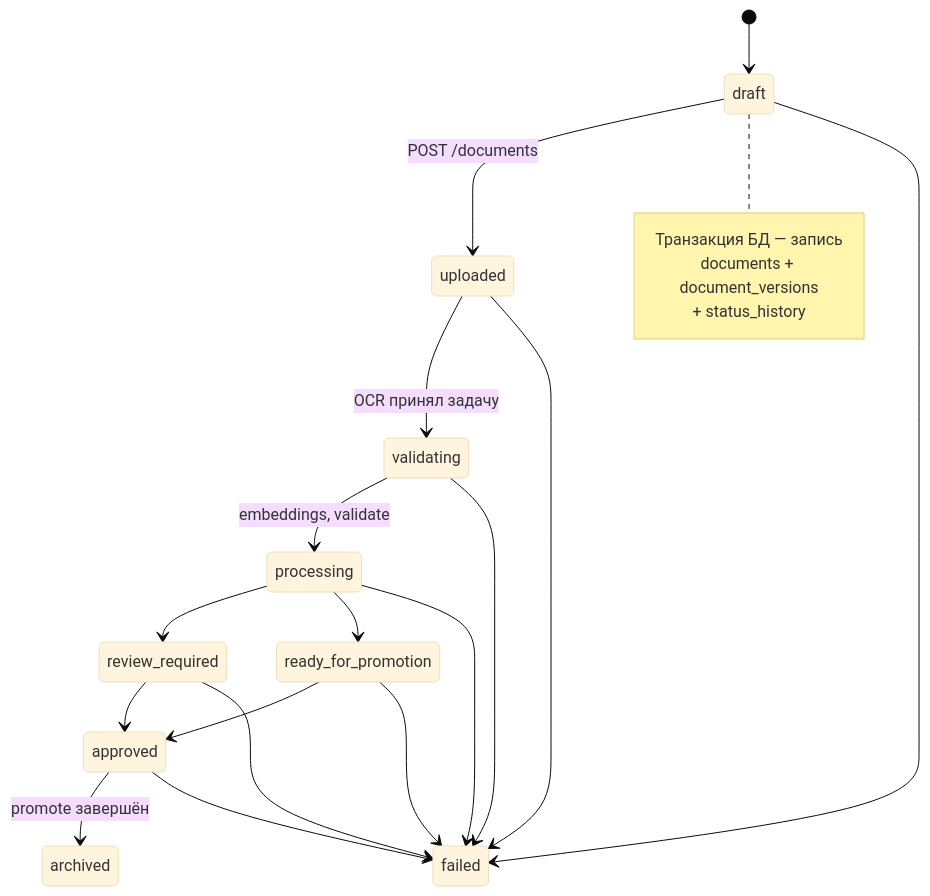
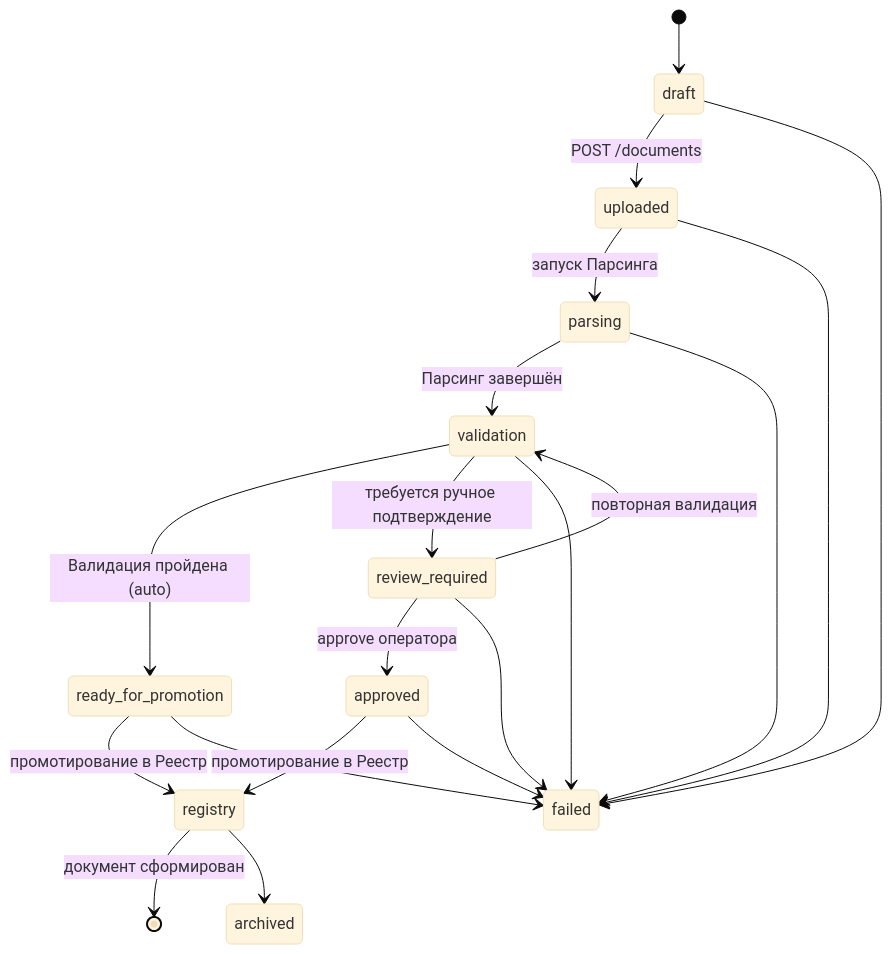
One commit to MasterKSAF/PKB changed the third of 5 diagrams in docs/api/pipeline.md. Above: the diagram before and after it, drawn with Mermaid (base theme). The commit also changed other lines of this file and 8 other files, not shown here.

````diff
--- a/docs/api/pipeline.md
+++ b/docs/api/pipeline.md
@@ -434,25 +460,24 @@
 ```mermaid
 stateDiagram-v2
     [*] --> draft
     draft --> uploaded : POST /documents
-    note right of draft
-        Транзакция БД — запись
-        documents + document_versions
-        + status_history
-    end note
-    uploaded --> validating : OCR принял задачу
-    validating --> processing : embeddings, validate
-    processing --> review_required
-    processing --> ready_for_promotion
-    review_required --> approved
-    ready_for_promotion --> approved
-    approved --> archived : promote завершён
+    uploaded --> parsing : запуск Парсинга
+    parsing --> validation : Парсинг завершён
+    validation --> ready_for_promotion : Валидация пройдена (auto)
+    validation --> review_required : требуется ручное подтверждение
+    review_required --> validation : повторная валидация
+    review_required --> approved : approve оператора
+    ready_for_promotion --> registry : промотирование в Реестр
+    approved --> registry : промотирование в Реестр
     
     draft --> failed
     uploaded --> failed
-    validating --> failed
-    processing --> failed
+    parsing --> failed
+    validation --> failed
     review_required --> failed
     ready_for_promotion --> failed
     approved --> failed
+    
+    registry --> [*] : документ сформирован
+    registry --> archived
 ```
````
